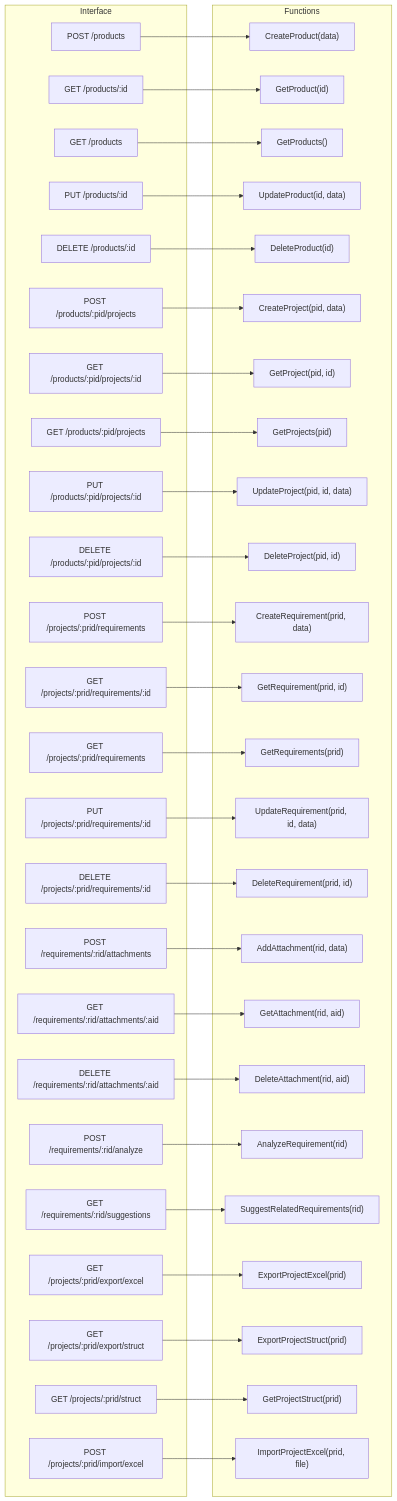
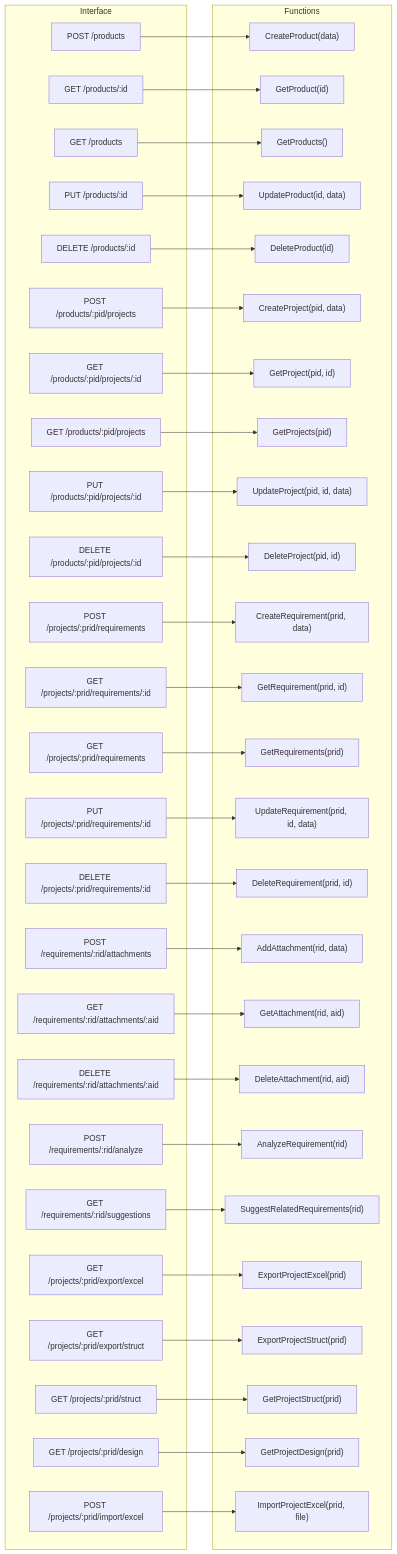
One commit to rjboer/PMFS changed the second of 2 diagrams in examples/webinterface/architecture.md. Above: the diagram before and after it, drawn with Mermaid. The commit also changed other lines of this file and 1 other file, not shown here.

Commit message:
document attachment and design view requirements

````diff
--- a/examples/webinterface/architecture.md
+++ b/examples/webinterface/architecture.md
@@ -44,6 +44,7 @@
         EXGET["GET /projects/:prid/export/excel"]
         EXSTR["GET /projects/:prid/export/struct"]
         PRSTRUCT["GET /projects/:prid/struct"]
+        DESIGNGET["GET /projects/:prid/design"]
         IMPOST["POST /projects/:prid/import/excel"]
     end
 
@@ -77,6 +78,7 @@
         ExportExcel["ExportProjectExcel(prid)"]
         ExportStruct["ExportProjectStruct(prid)"]
         GetStruct["GetProjectStruct(prid)"]
+        GetDesign["GetProjectDesign(prid)"]
         ImportExcel["ImportProjectExcel(prid, file)"]
     end
 
@@ -109,5 +111,6 @@
     EXGET --> ExportExcel
     EXSTR --> ExportStruct
     PRSTRUCT --> GetStruct
+    DESIGNGET --> GetDesign
     IMPOST --> ImportExcel
 ```
````
